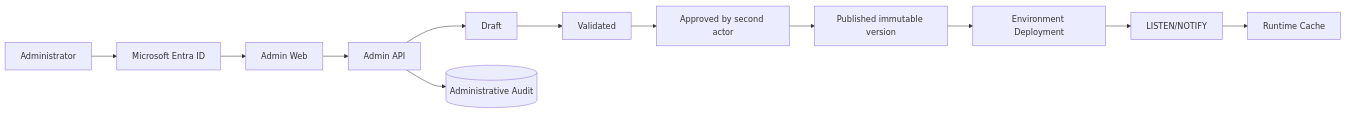
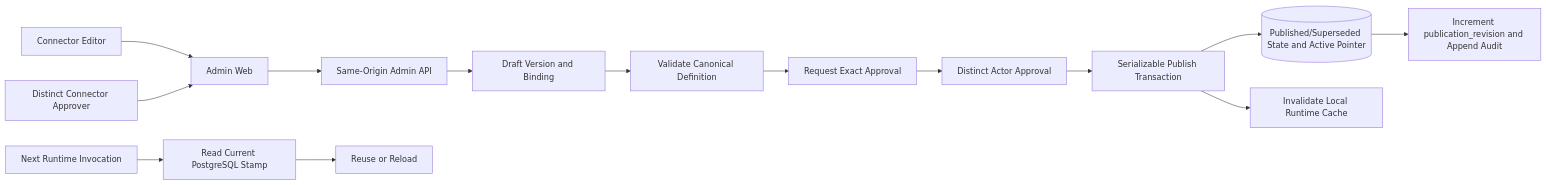
The fourth of 6 diagrams in docs/architecture/component-diagrams.md (marcobiz/secure-integration-platform), drawn with Mermaid before and after one commit. The commit also changed other lines of this file and 17 other files, not shown here.

Commit message:
docs(alpha): reconcile architecture security and deployment truth

````diff
--- a/docs/architecture/component-diagrams.md
+++ b/docs/architecture/component-diagrams.md
@@ -73,14 +101,16 @@
 ```mermaid
 flowchart LR
-  User[Administrator] --> Entra[Microsoft Entra ID]
-  Entra --> Web[Admin Web]
-  Web --> API[Admin API]
-  API --> Draft[Draft]
-  Draft --> Validate[Validated]
-  Validate --> Approve[Approved by second actor]
-  Approve --> Publish[Published immutable version]
-  Publish --> Deploy[Environment Deployment]
-  Deploy --> Notify[LISTEN/NOTIFY]
-  Notify --> Runtime[Runtime Cache]
-  API --> Audit[(Administrative Audit)]
+  Editor[Connector Editor] --> Web[Admin Web]
+  Approver[Distinct Connector Approver] --> Web
+  Web --> API[Same-Origin Admin API]
+  API --> Draft[Draft Version and Binding]
+  Draft --> Validate[Validate Canonical Definition]
+  Validate --> Request[Request Exact Approval]
+  Request --> Approval[Distinct Actor Approval]
+  Approval --> Publish[Serializable Publish Transaction]
+  Publish --> DB[(Published/Superseded State and Active Pointer)]
+  DB --> Revision[Increment publication_revision and Append Audit]
+  Publish --> LocalInvalidate[Invalidate Local Runtime Cache]
+  Invoke[Next Runtime Invocation] --> Stamp[Read Current PostgreSQL Stamp]
+  Stamp --> RuntimeCache[Reuse or Reload]
 ```
````
